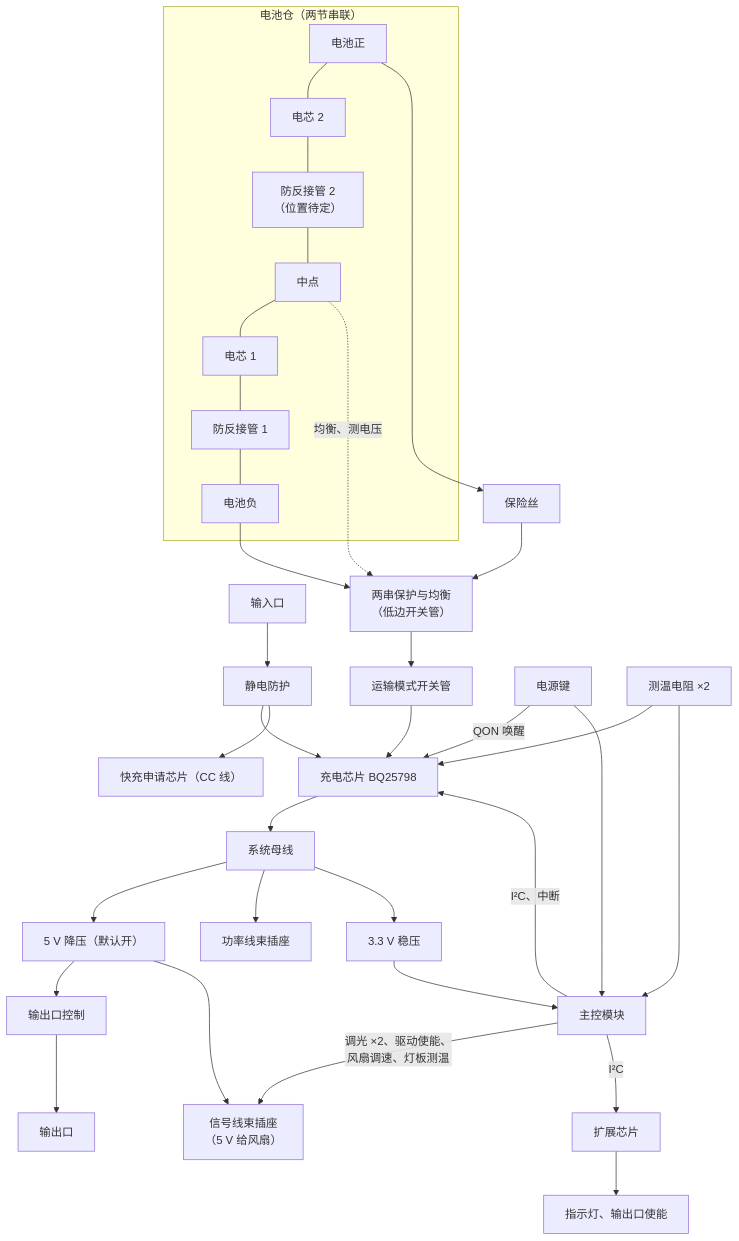
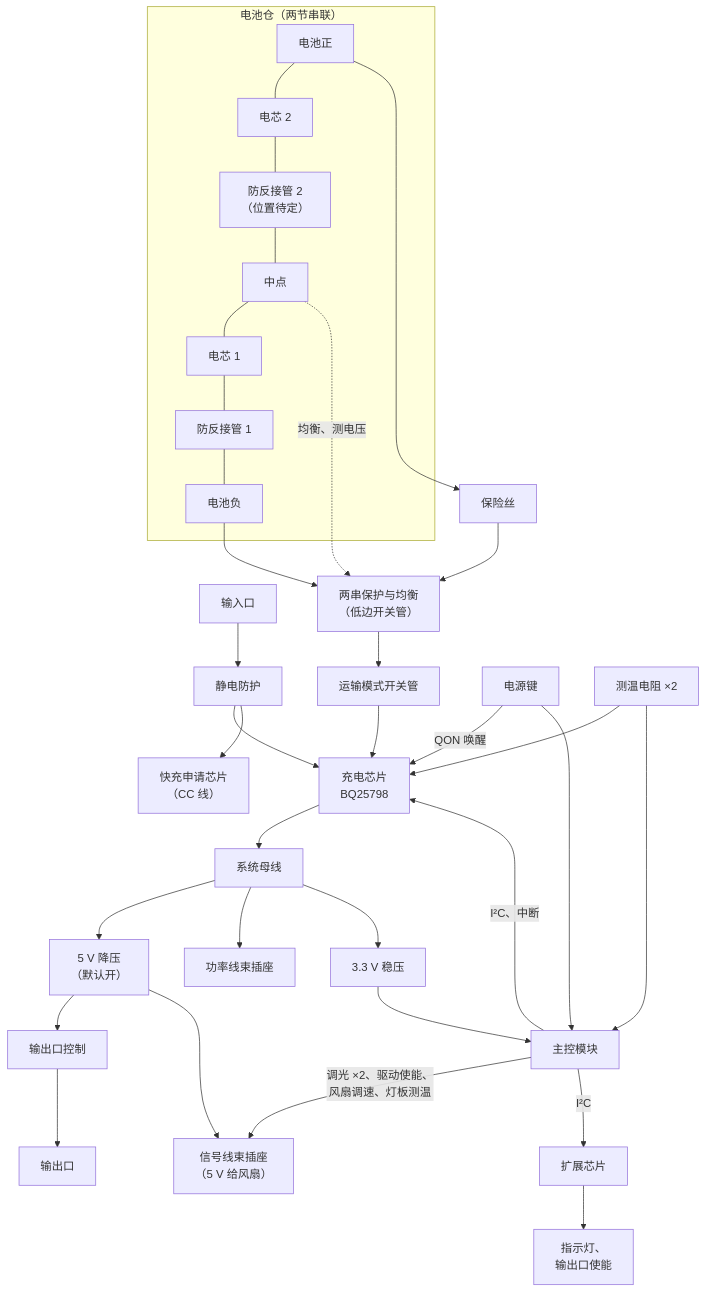
One commit to jodancain/fill-light-15pro changed the first of 2 diagrams in docs/硬件架构设计书.md. Above: the diagram before and after it, drawn with Mermaid. The commit also changed other lines of this file and 2 other files, not shown here.

Commit message:
框图标签手动换行，避免 GitHub 上把词断开
GitHub 的 Mermaid 渲染换行比本机早，有几处标签被断在词中间，
例如“保险/丝”“6.0-/8.6 V”“风/扇”。
现在给五张框图里的长标签加了 <br/>，让断行落在词与词之间。
只加了换行，文字、节点和连线都没有改。

````diff
--- a/docs/硬件架构设计书.md
+++ b/docs/硬件架构设计书.md
@@ -38,24 +38,24 @@
 ```mermaid
 flowchart TB
   IN["输入口"] --> ESD["静电防护"] --> CHG
-  ESD --> PD["快充申请芯片（CC 线）"]
+  ESD --> PD["快充申请芯片<br/>（CC 线）"]
   subgraph PACK["电池仓（两节串联）"]
     POS["电池正"] --- C2["电芯 2"] --- Q2["防反接管 2<br/>（位置待定）"] --- MID["中点"] --- C1["电芯 1"] --- Q1["防反接管 1"] --- NEG["电池负"]
   end
   POS --> FUSE["保险丝"] --> PROT["两串保护与均衡<br/>（低边开关管）"]
   MID -.->|"均衡、测电压"| PROT
   NEG --> PROT
-  PROT --> SHIP["运输模式开关管"] --> CHG["充电芯片 BQ25798"]
+  PROT --> SHIP["运输模式开关管"] --> CHG["充电芯片<br/>BQ25798"]
   KEY["电源键"] -->|"QON 唤醒"| CHG
   KEY --> MCU
   CHG --> BUS["系统母线"]
-  BUS --> B5["5 V 降压（默认开）"] --> OC["输出口控制"] --> OUT["输出口"]
+  BUS --> B5["5 V 降压<br/>（默认开）"] --> OC["输出口控制"] --> OUT["输出口"]
   B5 --> SIGJ["信号线束插座<br/>（5 V 给风扇）"]
   BUS --> PWRJ["功率线束插座"]
   BUS --> LDO["3.3 V 稳压"] --> MCU["主控模块"]
   MCU -->|"I²C、中断"| CHG
   MCU -->|"调光 ×2、驱动使能、<br/>风扇调速、灯板测温"| SIGJ
-  MCU -->|"I²C"| EXP["扩展芯片"] --> IND["指示灯、输出口使能"]
+  MCU -->|"I²C"| EXP["扩展芯片"] --> IND["指示灯、<br/>输出口使能"]
   NTC["测温电阻 ×2"] --> CHG
   NTC --> MCU
 ```
````
